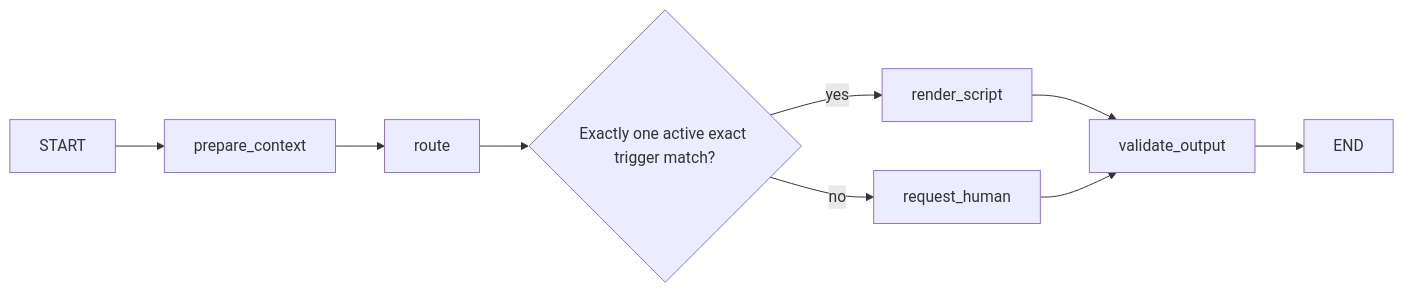
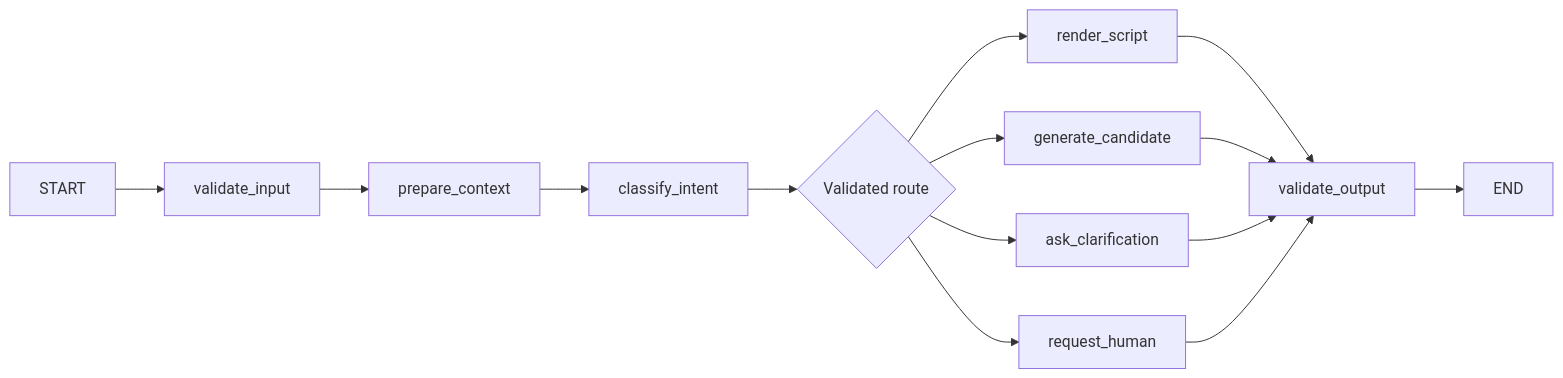
The diagram in agentic-memory/designs/system/05-grpc-ai.md (TruongHoang2004/Hexta), drawn with Mermaid before and after one commit. The commit also changed other lines of this file and 250 other files, not shown here.

````diff
--- a/agentic-memory/designs/system/05-grpc-ai.md
+++ b/agentic-memory/designs/system/05-grpc-ai.md
@@ -74,11 +82,14 @@
 ```mermaid
 flowchart LR
-    S[START] --> P[prepare_context]
-    P --> R[route]
-    R --> U{Exactly one active exact trigger match?}
-    U -->|yes| T[render_script]
-    U -->|no| H[request_human]
+    S[START] --> I[validate_input] --> P[prepare_context] --> C[classify_intent]
+    C --> R{Validated route}
+    R --> T[render_script]
+    R --> G[generate_candidate]
+    R --> Q[ask_clarification]
+    R --> H[request_human]
     T --> V[validate_output]
+    G --> V
+    Q --> V
     H --> V
     V --> E[END]
 ```
````
